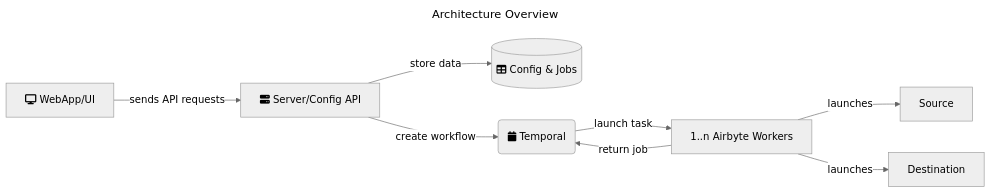
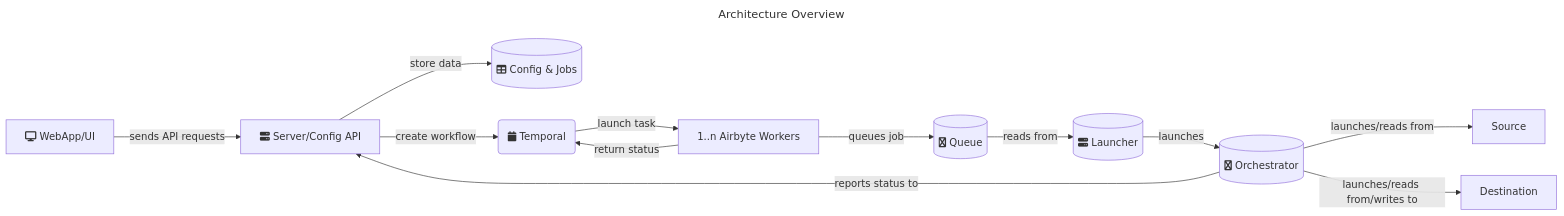
Before and after one commit to airbytehq/airbyte: the diagram in docs/understanding-airbyte/high-level-view.md, drawn with Mermaid.

Commit message:
Update diagram for Worker V2.

````diff
--- a/docs/understanding-airbyte/high-level-view.md
+++ b/docs/understanding-airbyte/high-level-view.md
@@ -15,20 +15,25 @@
 ```mermaid
 ---
 title: Architecture Overview
-config:
-  theme: neutral
 ---
 flowchart LR
     W[fa:fa-display WebApp/UI]
     S[fa:fa-server Server/Config API]
     D[(fa:fa-table Config & Jobs)]
+    L[(fa:fa-server Launcher)]
+    O[(fa:fa-superpowers Orchestrator)]
+    Q[(fa:fa-superpowers Queue)]
     T(fa:fa-calendar Temporal)
     W2[1..n Airbyte Workers]
     W -->|sends API requests| S
     S -->|store data| D
     S -->|create workflow| T
     T -->|launch task| W2
-    W2 -->|return job| T
-    W2 -->|launches| Source
-    W2 -->|launches| Destination
+    W2 -->|return status| T
+    W2 -->|queues job| Q
+    Q  -->|reads from| L
+    L -->|launches| O
+    O -->|launches/reads from| Source
+    O -->|launches/reads from/writes to| Destination
+    O -->|reports status to|S
 ```
````
